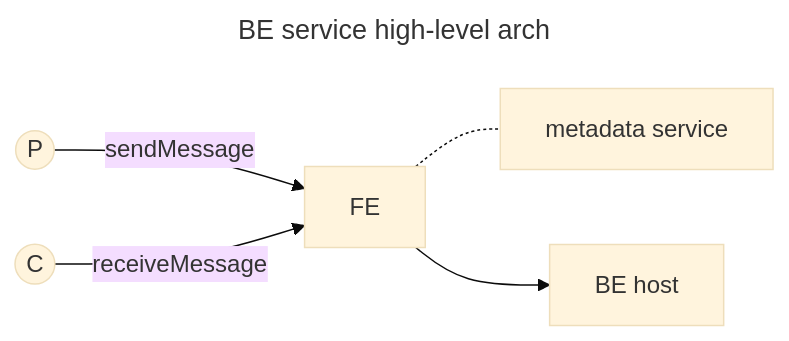
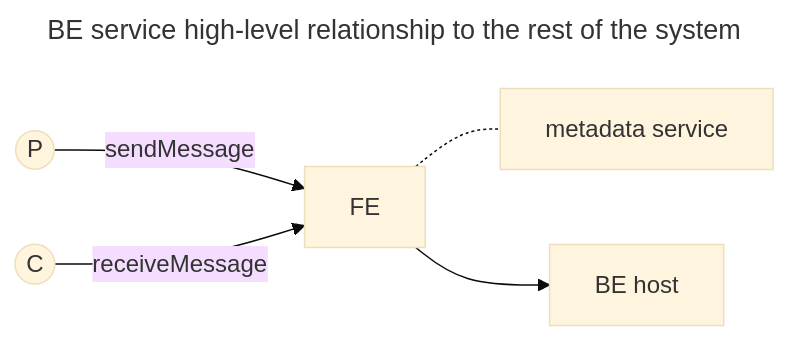
The sixth of 7 diagrams in 0x07-distributed_message_queue/0-distributed_message_queue.md (brk-a/system-design), drawn with Mermaid (base theme) before and after one commit. The commit also changed other lines of this file, not shown here.

````diff
--- a/0x07-distributed_message_queue/0-distributed_message_queue.md
+++ b/0x07-distributed_message_queue/0-distributed_message_queue.md
@@ -219,10 +219,10 @@
     ```mermaid
     ---
-    title: BE service high-level arch
+    title: BE service high-level relationship to the rest of the system
     ---
         flowchart LR
         A((P))--sendMessage-->B[FE]
         B-.-C[metadata service]
         B-->D[BE host]
         E((C))--receiveMessage-->B
     ```
````
